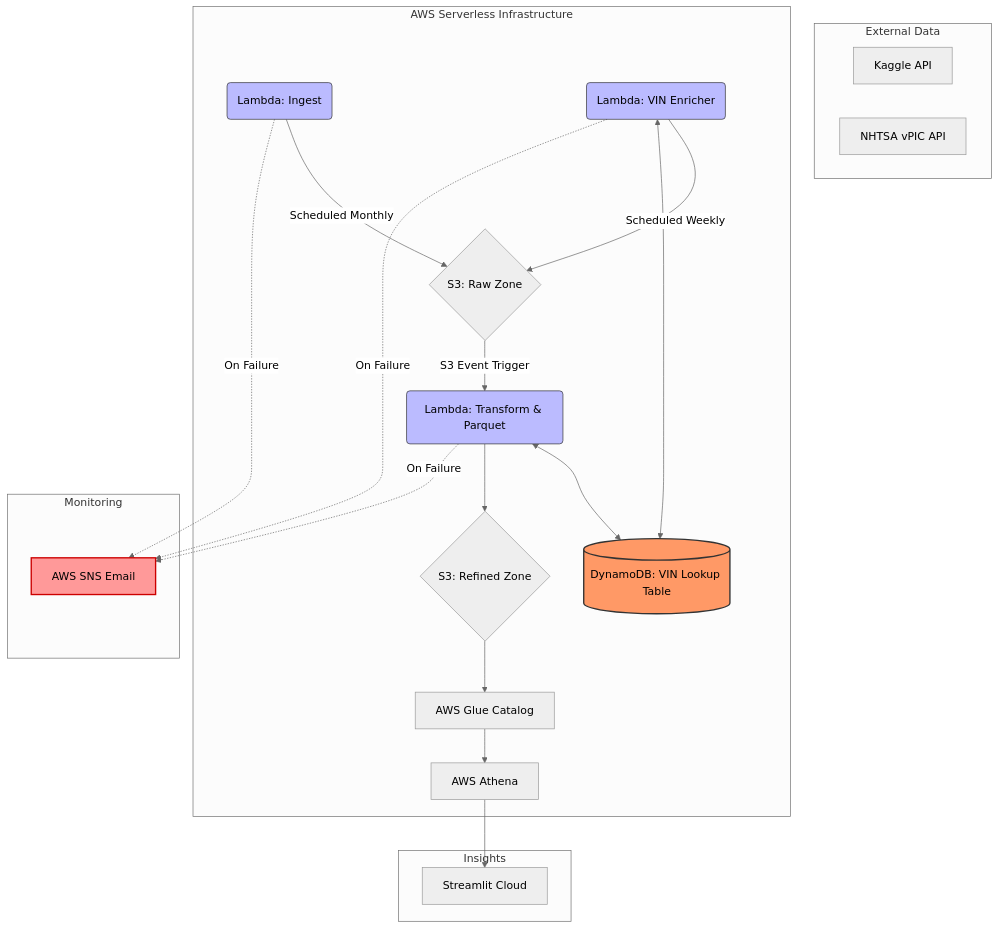
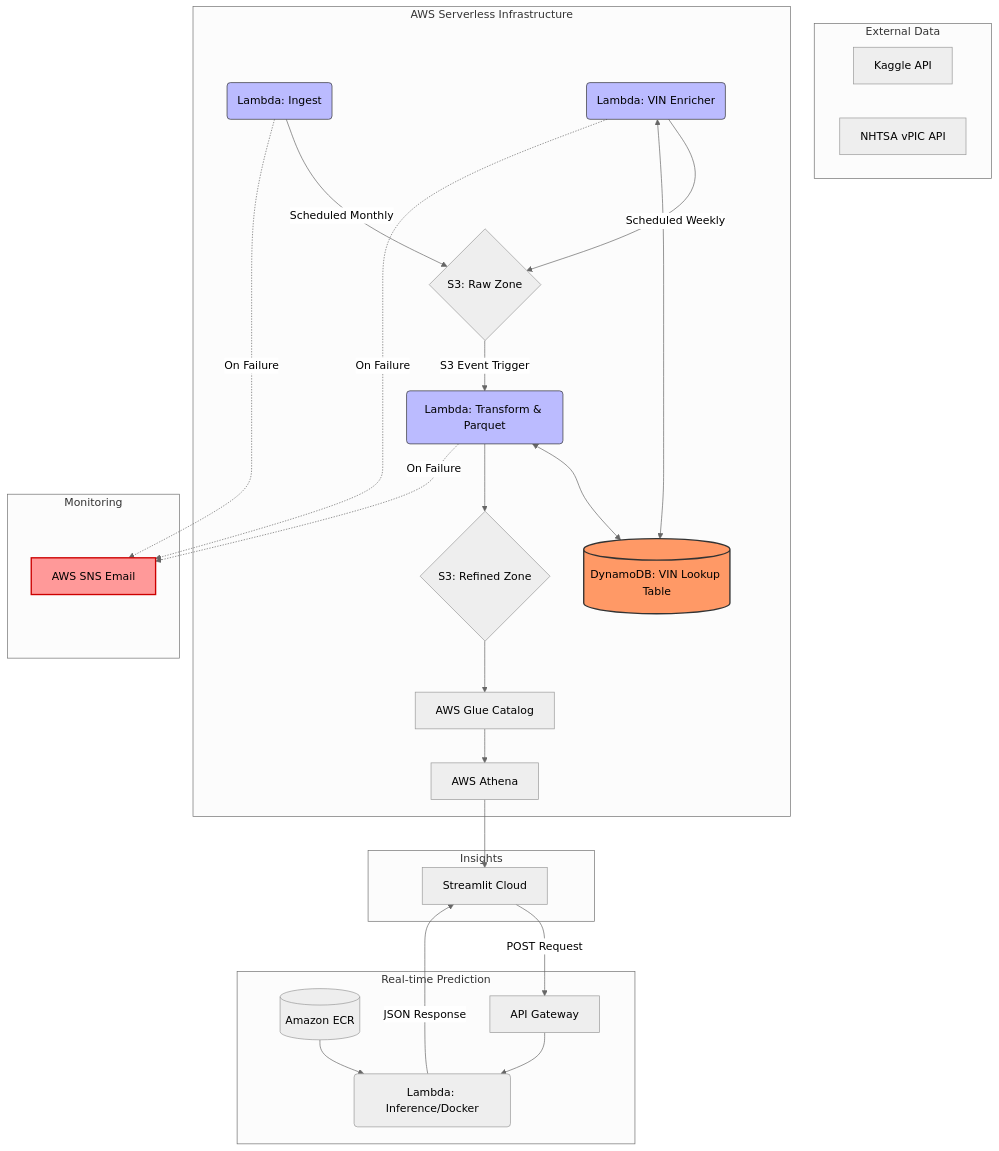
The diagram in README.md (kondimidi/ds_cloud_project), drawn with Mermaid (neutral theme) before and after one commit. The commit also changed other lines of this file and 2 other files, not shown here.

````diff
--- a/README.md
+++ b/README.md
@@ -15,42 +15,49 @@
 ```mermaid
 graph TD
     subgraph External_Sources [External Data]
         K[Kaggle API]
         N[NHTSA vPIC API]
     end
 
     subgraph AWS_Cloud [AWS Serverless Infrastructure]
         L1(Lambda: Ingest) -- Scheduled Monthly --> S3R{S3: Raw Zone}
         
         S3R -- S3 Event Trigger --> L2(Lambda: Transform & Parquet)
         
         L3(Lambda: VIN Enricher) -- Scheduled Weekly --> S3R
         L3 <--> DDB[(DynamoDB: VIN Lookup Table)]
 
         L2 <--> DDB
         L2 --> S3P{S3: Refined Zone}
         
         S3P --> GC[AWS Glue Catalog]
         GC --> AT[AWS Athena]
     end
 
     subgraph Monitoring [Monitoring]
         SNS[AWS SNS Email]
     end
 
     %% Połączenia monitoringu
     L1 -.->|On Failure| SNS
     L2 -.->|On Failure| SNS
     L3 -.->|On Failure| SNS
 
     subgraph Presentation [Insights]
         AT --> ST[Streamlit Cloud]
     end
 
+    subgraph Prediction_Layer [Real-time Prediction]
+        ECR[(Amazon ECR)] --> L_INF(Lambda: Inference/Docker)
+        ST -- POST Request --> APIG[API Gateway]
+        APIG --> L_INF
+        L_INF -- JSON Response --> ST
+    end
+
     %% Style
     style DDB fill:#f96,stroke:#333,stroke-width:2px
     style L1 fill:#bbf,stroke:#333,stroke-width:1px
     style L2 fill:#bbf,stroke:#333,stroke-width:1px
     style L3 fill:#bbf,stroke:#333,stroke-width:1px
     style SNS fill:#ff9999,stroke:#cc0000,stroke-width:2px
 ```
````
